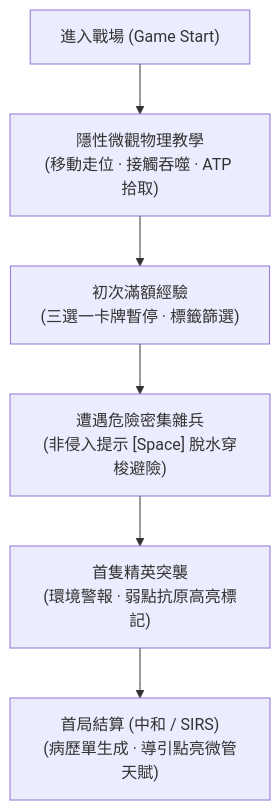
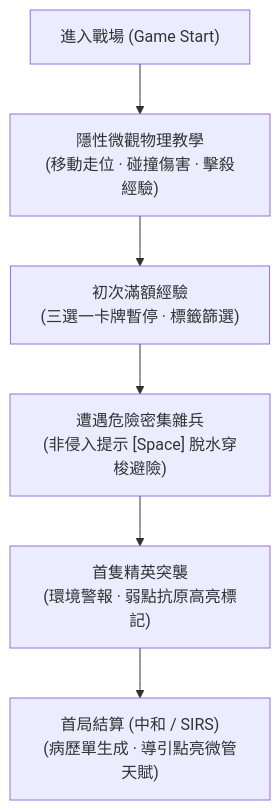
Before and after one commit to skyrocket-qy/Phagocyte: the first of 2 diagrams in docs/tutorial.md, drawn with Mermaid. The commit also changed other lines of this file and 23 other files, not shown here.

````diff
--- a/docs/tutorial.md
+++ b/docs/tutorial.md
@@ -14,8 +14,8 @@
 ```mermaid
 flowchart TD
-    A["進入戰場 (Game Start)"] --> B["隱性微觀物理教學<br>(移動走位 · 接觸吞噬 · ATP 拾取)"]
+    A["進入戰場 (Game Start)"] --> B["隱性微觀物理教學<br>(移動走位 · 碰撞傷害 · 擊殺經驗)"]
     B --> C["初次滿額經驗<br>(三選一卡牌暫停 · 標籤篩選)"]
     C --> D["遭遇危險密集雜兵<br>(非侵入提示 [Space] 脫水穿梭避險)"]
     D --> E["首隻精英突襲<br>(環境警報 · 弱點抗原高亮標記)"]
     E --> F["首局結算 (中和 / SIRS)<br>(病歷單生成 · 導引點亮微管天賦)"]
 ```
````
